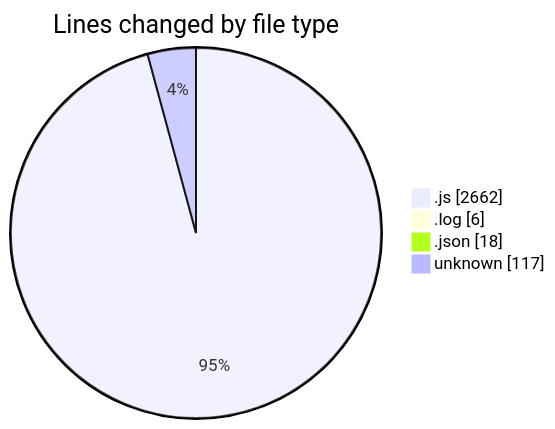
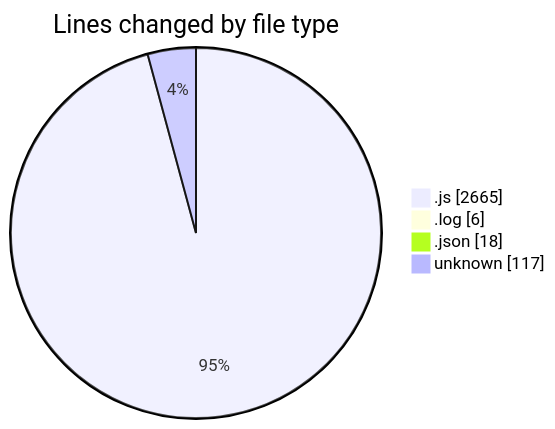
One commit to BS-eng2023/code-tracking changed the first of 2 diagrams in 2025-03-31/jsvms/README.md. Above: the diagram before and after it, drawn with Mermaid. The commit also changed other lines of this file and 1 other file, not shown here.

````diff
--- a/2025-03-31/jsvms/README.md
+++ b/2025-03-31/jsvms/README.md
@@ -49,8 +49,8 @@
 ```mermaid
 pie showData
 title Lines changed by file type
-".js" : 2662
+".js" : 2665
 ".log" : 6
 ".json" : 18
 "unknown" : 117
 ```
````
